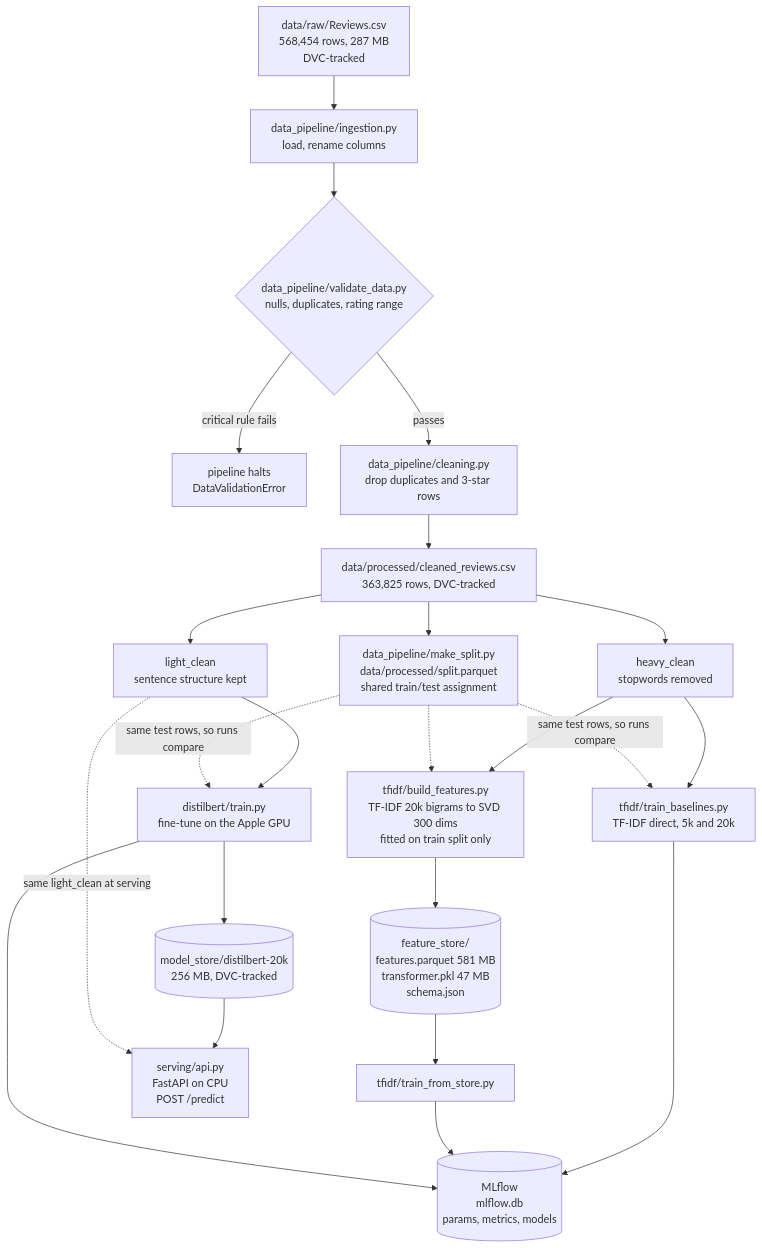
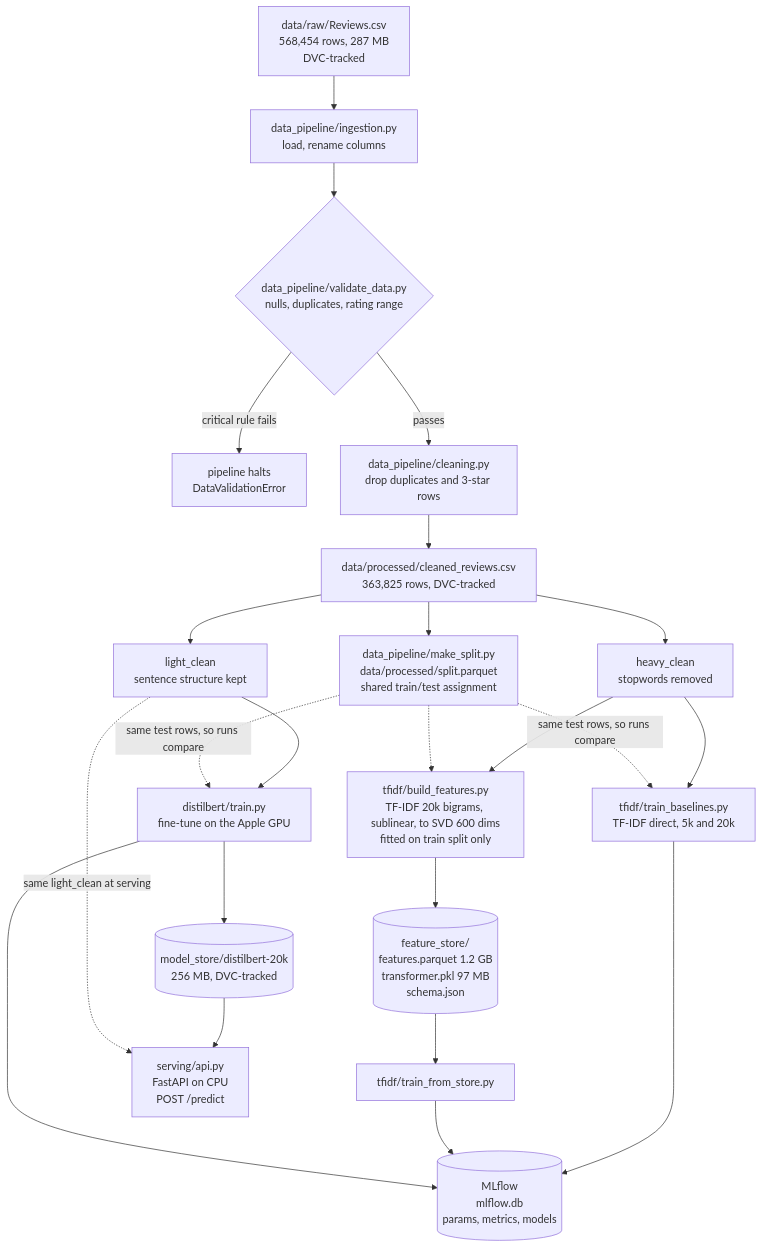
One commit to 2025paml556-bhoomika/sentiment-classifier changed the diagram in README.md. Above: the diagram before and after it, drawn with Mermaid. The commit also changed other lines of this file and 8 other files, not shown here.

````diff
--- a/README.md
+++ b/README.md
@@ -21,34 +21,34 @@
 ```mermaid
 flowchart TD
     RAW["data/raw/Reviews.csv<br/>568,454 rows, 287 MB<br/>DVC-tracked"]
 
     RAW --> ING["data_pipeline/ingestion.py<br/>load, rename columns"]
     ING --> VAL{"data_pipeline/validate_data.py<br/>nulls, duplicates, rating range"}
     VAL -->|critical rule fails| HALT["pipeline halts<br/>DataValidationError"]
     VAL -->|passes| CLEAN["data_pipeline/cleaning.py<br/>drop duplicates and 3-star rows"]
 
     CLEAN --> CSV["data/processed/cleaned_reviews.csv<br/>363,825 rows, DVC-tracked"]
 
     CSV --> SPLIT["data_pipeline/make_split.py<br/>data/processed/split.parquet<br/>shared train/test assignment"]
 
     CSV --> HEAVY["heavy_clean<br/>stopwords removed"]
     CSV --> LIGHT["light_clean<br/>sentence structure kept"]
 
-    HEAVY --> STORE["tfidf/build_features.py<br/>TF-IDF 20k bigrams to SVD 300 dims<br/>fitted on train split only"]
+    HEAVY --> STORE["tfidf/build_features.py<br/>TF-IDF 20k bigrams, sublinear, to SVD 600 dims<br/>fitted on train split only"]
     HEAVY --> BASE["tfidf/train_baselines.py<br/>TF-IDF direct, 5k and 20k"]
     LIGHT --> BERT["distilbert/train.py<br/>fine-tune on the Apple GPU"]
 
-    STORE --> FS[("feature_store/<br/>features.parquet 581 MB<br/>transformer.pkl 47 MB<br/>schema.json")]
+    STORE --> FS[("feature_store/<br/>features.parquet 1.2 GB<br/>transformer.pkl 97 MB<br/>schema.json")]
 
     FS --> TRAIN2["tfidf/train_from_store.py"]
     BASE --> MLF[("MLflow<br/>mlflow.db<br/>params, metrics, models")]
     TRAIN2 --> MLF
     BERT --> MLF
     SPLIT -.->|same test rows, so runs compare| BASE
     SPLIT -.->|same test rows, so runs compare| BERT
     SPLIT -.-> STORE
 
     BERT --> MS[("model_store/distilbert-20k<br/>256 MB, DVC-tracked")]
     MS --> SERVE["serving/api.py<br/>FastAPI on CPU<br/>POST /predict"]
     LIGHT -.->|same light_clean at serving| SERVE
 ```
````
